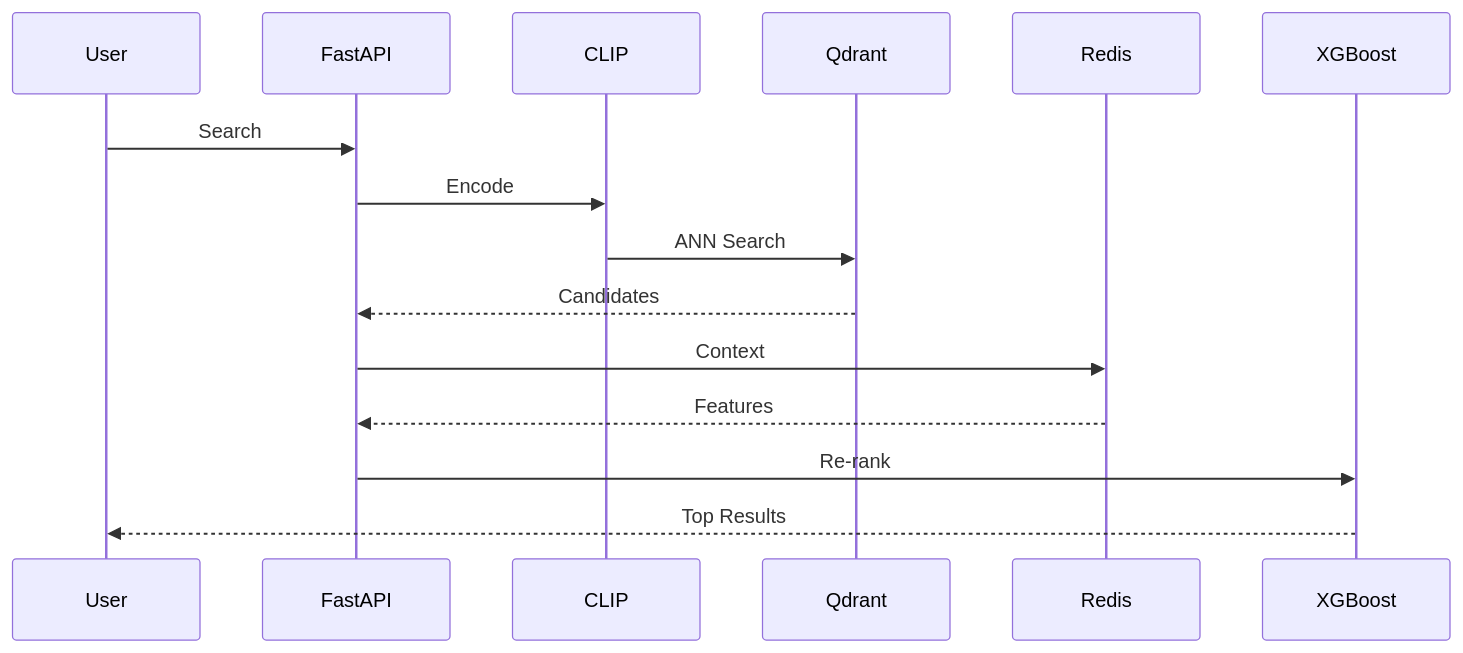
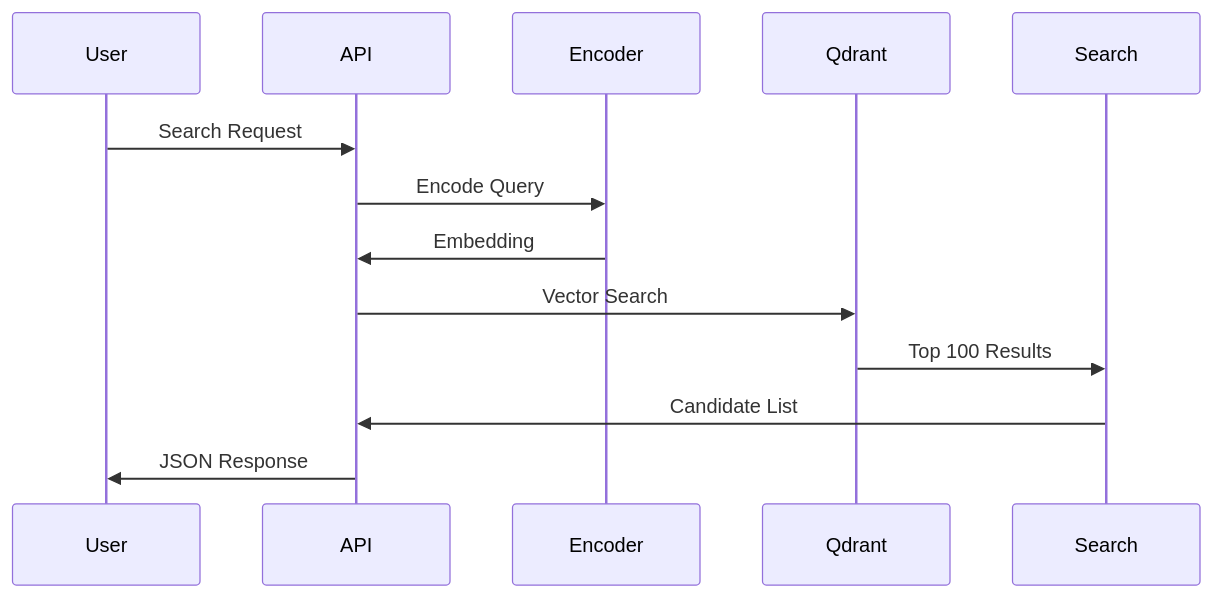
Before and after one commit to VasuML07/searchforge: the tenth of 37 diagrams in README.md, drawn with Mermaid. The commit also changed other lines of this file, not shown here.

````diff
--- a/README.md
+++ b/README.md
@@ -46,17 +1298,23 @@
 ```mermaid
 sequenceDiagram
-participant U as User
-participant API as FastAPI
-participant C as CLIP
-participant Q as Qdrant
-participant R as Redis
-participant X as XGBoost
-U->>API: Search
-API->>C: Encode
-C->>Q: ANN Search
-Q-->>API: Candidates
-API->>R: Context
-R-->>API: Features
-API->>X: Re-rank
-X-->>U: Top Results
+
+participant User
+participant API
+participant Encoder
+participant Qdrant
+participant Search
+
+User->>API: Search Request
+
+API->>Encoder: Encode Query
+
+Encoder->>API: Embedding
+
+API->>Qdrant: Vector Search
+
+Qdrant->>Search: Top 100 Results
+
+Search->>API: Candidate List
+
+API->>User: JSON Response
 ```
````
